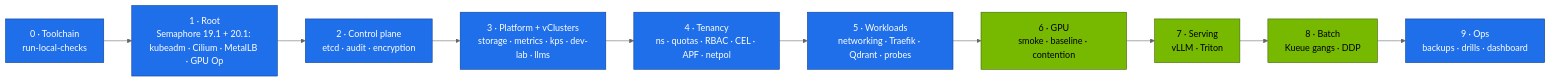
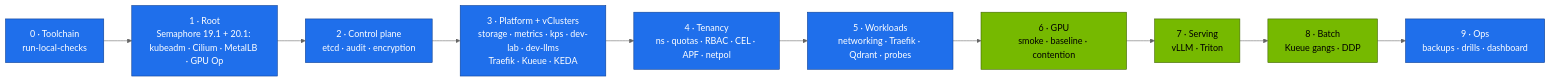
Before and after one commit to cloudone365/technical-depth: the second of 3 diagrams in 02-Kubernetes/05-dgx-spark-datacenter-simulation-lab.md, drawn with Mermaid (neutral theme). The commit also changed other lines of this file and 58 other files, not shown here.

First line of the commit message:
Docs: dev-llms sandbox vCluster, LLM stack on the root, shared ~90 GiB pool, headless DGX OS

````diff
--- a/02-Kubernetes/05-dgx-spark-datacenter-simulation-lab.md
+++ b/02-Kubernetes/05-dgx-spark-datacenter-simulation-lab.md
@@ -170,16 +181,16 @@
 ```mermaid
 flowchart LR
   G0["0 · Toolchain<br/>run-local-checks"] --> G1["1 · Root<br/>Semaphore 19.1 + 20.1: kubeadm · Cilium · MetalLB · GPU Op"]
   G1 --> G2["2 · Control plane<br/>etcd · audit · encryption"]
-  G2 --> G3["3 · Platform + vClusters<br/>storage · metrics · kps · dev-lab · llms"]
+  G2 --> G3["3 · Platform + vClusters<br/>storage · metrics · kps · dev-lab · dev-llms<br/>Traefik · Kueue · KEDA"]
   G3 --> G4["4 · Tenancy<br/>ns · quotas · RBAC · CEL · APF · netpol"]
   G4 --> G5["5 · Workloads<br/>networking · Traefik · Qdrant · probes"]
   G5 --> G6["6 · GPU<br/>smoke · baseline · contention"]
   G6 --> G7["7 · Serving<br/>vLLM · Triton"]
   G7 --> G8["8 · Batch<br/>Kueue gangs · DDP"]
   G8 --> G9["9 · Ops<br/>backups · drills · dashboard"]
   classDef ctrl fill:#1f6feb,stroke:#0b3d91,color:#fff
   classDef gpu fill:#76b900,stroke:#3d6000,color:#000
   class G0,G1,G2,G3,G4,G5,G9 ctrl
   class G6,G7,G8 gpu
 ```
````
